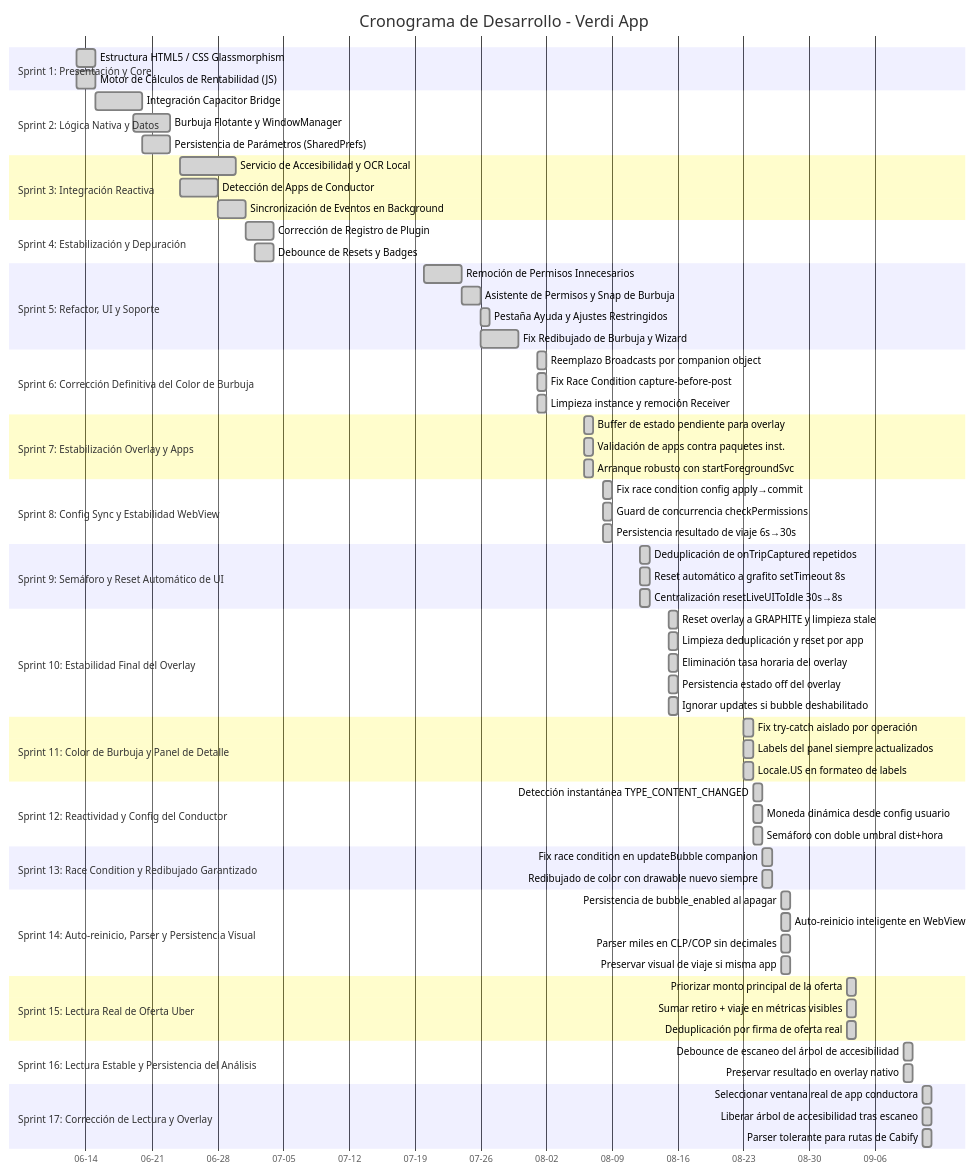
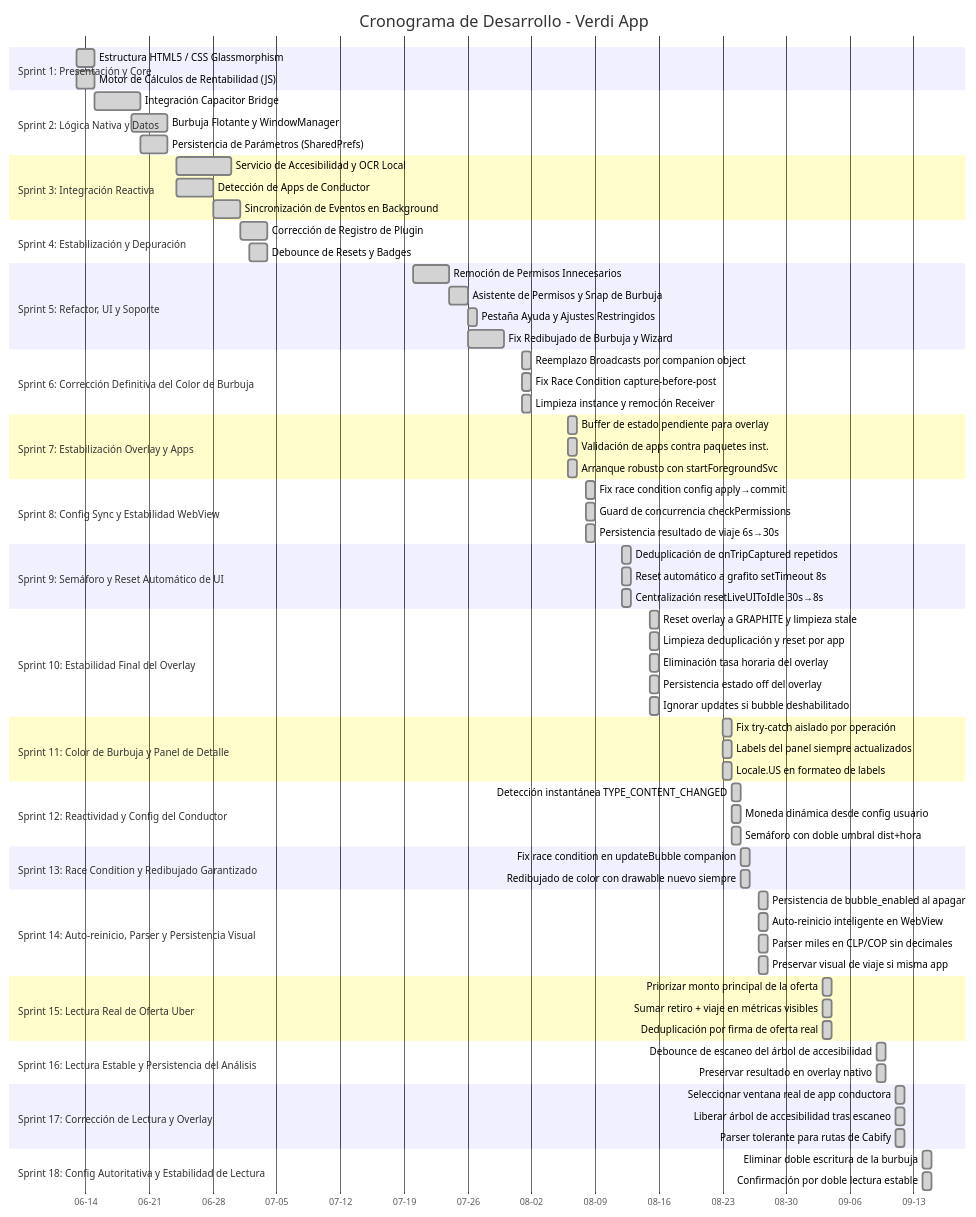
One commit to JorgeFreire95/Verdi changed the diagram in CRONOGRAMA_DESARROLLO.md. Above: the diagram before and after it, drawn with Mermaid. The commit also changed other lines of this file and 3 other files, not shown here.

````diff
--- a/CRONOGRAMA_DESARROLLO.md
+++ b/CRONOGRAMA_DESARROLLO.md
@@ -98,4 +98,8 @@
     Seleccionar ventana real de app conductora   :done, s17a, 2026-09-11, 1d
     Liberar árbol de accesibilidad tras escaneo  :done, s17b, 2026-09-11, 1d
     Parser tolerante para rutas de Cabify       :done, s17c, 2026-09-11, 1d
+
+    section Sprint 18: Config Autoritativa y Estabilidad de Lectura
+    Eliminar doble escritura de la burbuja      :done, s18a, 2026-09-14, 1d
+    Confirmación por doble lectura estable      :done, s18b, 2026-09-14, 1d
 ```
````
